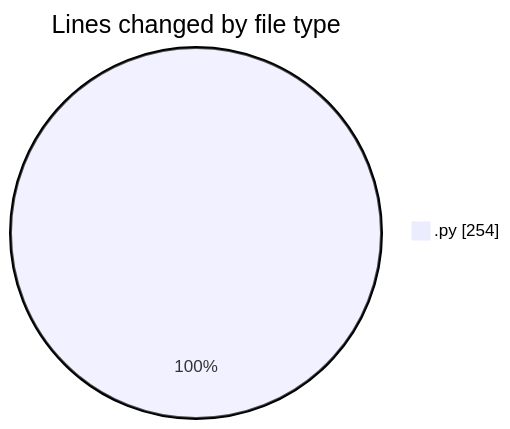
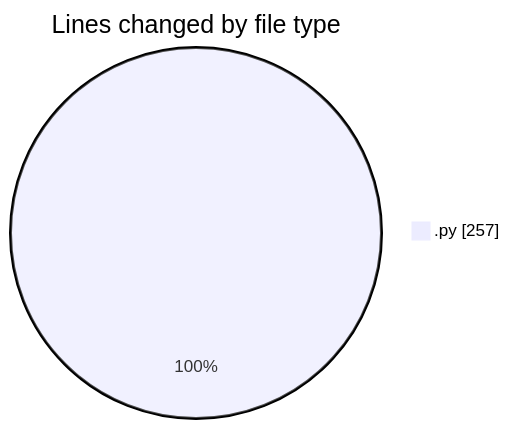
One commit to MatusMokan/code-tracking changed the first of 2 diagrams in 2025-03-17/myws__workspace_/README.md. Above: the diagram before and after it, drawn with Mermaid. The commit also changed other lines of this file and 1 other file, not shown here.

````diff
--- a/2025-03-17/myws__workspace_/README.md
+++ b/2025-03-17/myws__workspace_/README.md
@@ -21,5 +21,5 @@
 ```mermaid
 pie showData
 title Lines changed by file type
-".py" : 254
+".py" : 257
 ```
````
